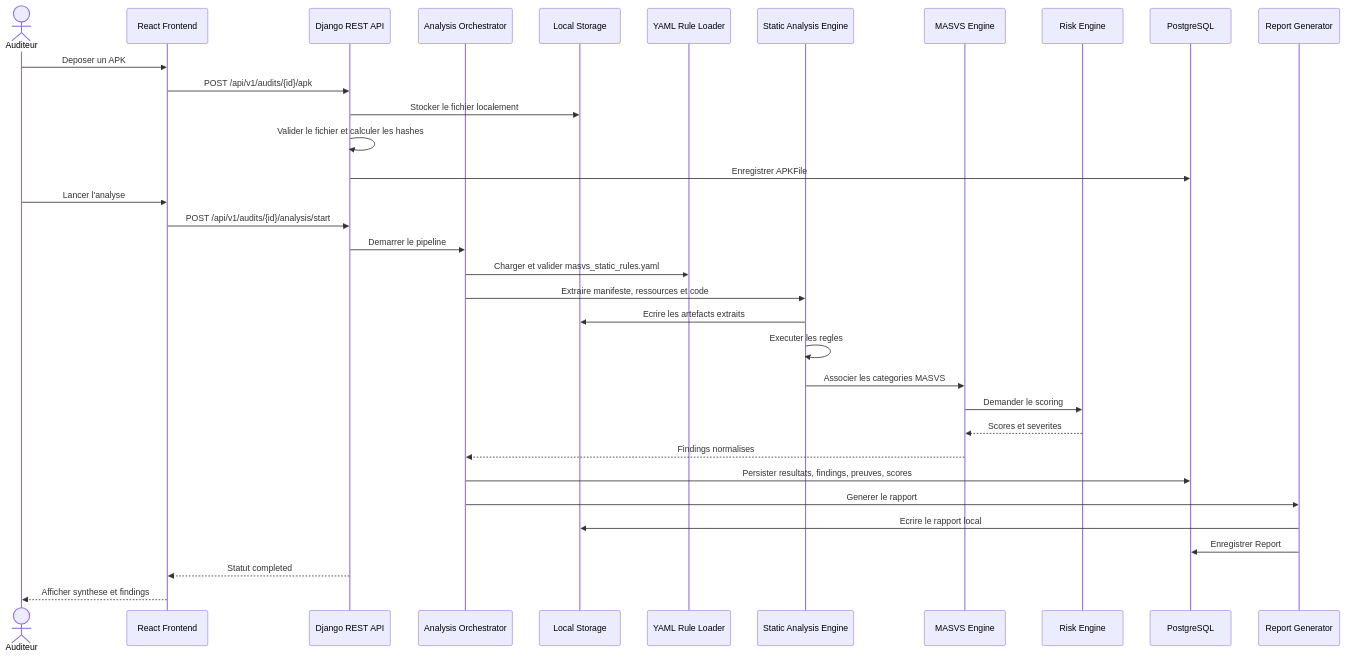
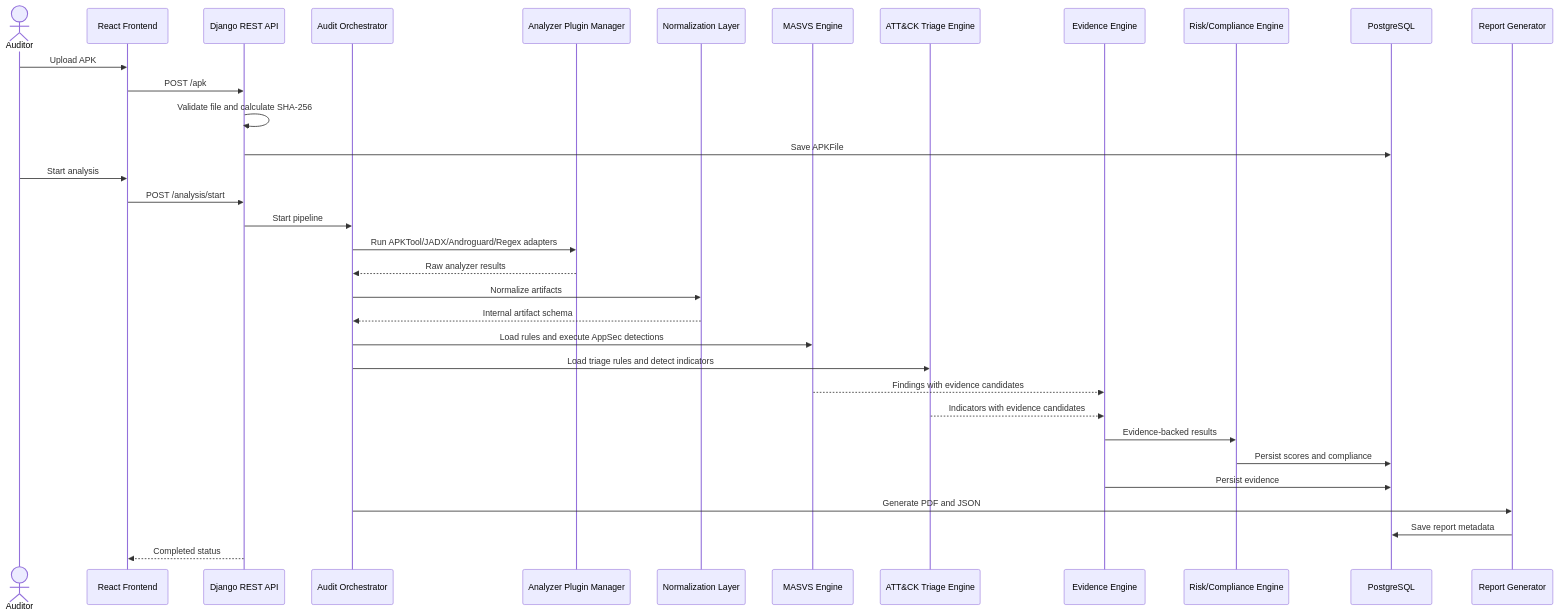
Before and after one commit to nine11-tech/MSAP: the first of 2 diagrams in docs/04_Design/08_Analysis_Pipeline.md, drawn with Mermaid. The commit also changed other lines of this file and 29 other files, not shown here.

Commit message:
Pivot MSAP to hybrid MASVS and ATT&CK Mobile triage

````diff
--- a/docs/04_Design/08_Analysis_Pipeline.md
+++ b/docs/04_Design/08_Analysis_Pipeline.md
@@ -85,37 +49,37 @@
 ```mermaid
 sequenceDiagram
-    actor User as Auditeur
+    actor Auditor
     participant FE as React Frontend
     participant API as Django REST API
-    participant ORCH as Analysis Orchestrator
-    participant FS as Local Storage
-    participant RULES as YAML Rule Loader
-    participant STATIC as Static Analysis Engine
+    participant ORCH as Audit Orchestrator
+    participant PM as Analyzer Plugin Manager
+    participant NORM as Normalization Layer
     participant MASVS as MASVS Engine
-    participant RISK as Risk Engine
+    participant ATTCK as ATT&CK Triage Engine
+    participant EVID as Evidence Engine
+    participant SCORE as Risk/Compliance Engine
     participant DB as PostgreSQL
-    participant REPORT as Report Generator
+    participant REP as Report Generator
 
-    User->>FE: Deposer un APK
-    FE->>API: POST /api/v1/audits/{id}/apk
-    API->>FS: Stocker le fichier localement
-    API->>API: Valider le fichier et calculer les hashes
-    API->>DB: Enregistrer APKFile
-    User->>FE: Lancer l'analyse
-    FE->>API: POST /api/v1/audits/{id}/analysis/start
-    API->>ORCH: Demarrer le pipeline
-    ORCH->>RULES: Charger et valider masvs_static_rules.yaml
-    ORCH->>STATIC: Extraire manifeste, ressources et code
-    STATIC->>FS: Ecrire les artefacts extraits
-    STATIC->>STATIC: Executer les regles
-    STATIC->>MASVS: Associer les categories MASVS
-    MASVS->>RISK: Demander le scoring
-    RISK-->>MASVS: Scores et severites
-    MASVS-->>ORCH: Findings normalises
-    ORCH->>DB: Persister resultats, findings, preuves, scores
-    ORCH->>REPORT: Generer le rapport
-    REPORT->>FS: Ecrire le rapport local
-    REPORT->>DB: Enregistrer Report
-    API-->>FE: Statut completed
-    FE-->>User: Afficher synthese et findings
+    Auditor->>FE: Upload APK
+    FE->>API: POST /apk
+    API->>API: Validate file and calculate SHA-256
+    API->>DB: Save APKFile
+    Auditor->>FE: Start analysis
+    FE->>API: POST /analysis/start
+    API->>ORCH: Start pipeline
+    ORCH->>PM: Run APKTool/JADX/Androguard/Regex adapters
+    PM-->>ORCH: Raw analyzer results
+    ORCH->>NORM: Normalize artifacts
+    NORM-->>ORCH: Internal artifact schema
+    ORCH->>MASVS: Load rules and execute AppSec detections
+    ORCH->>ATTCK: Load triage rules and detect indicators
+    MASVS-->>EVID: Findings with evidence candidates
+    ATTCK-->>EVID: Indicators with evidence candidates
+    EVID->>SCORE: Evidence-backed results
+    SCORE->>DB: Persist scores and compliance
+    EVID->>DB: Persist evidence
+    ORCH->>REP: Generate PDF and JSON
+    REP->>DB: Save report metadata
+    API-->>FE: Completed status
 ```
````
